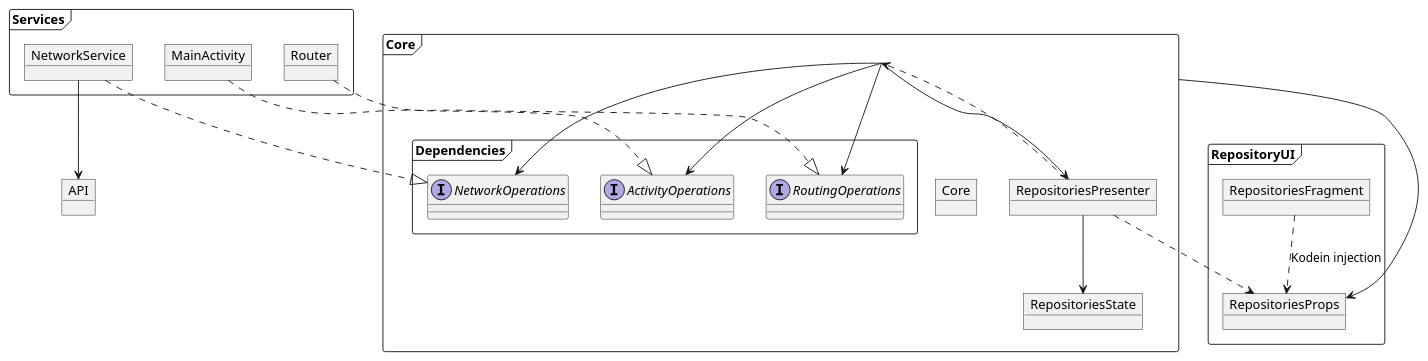
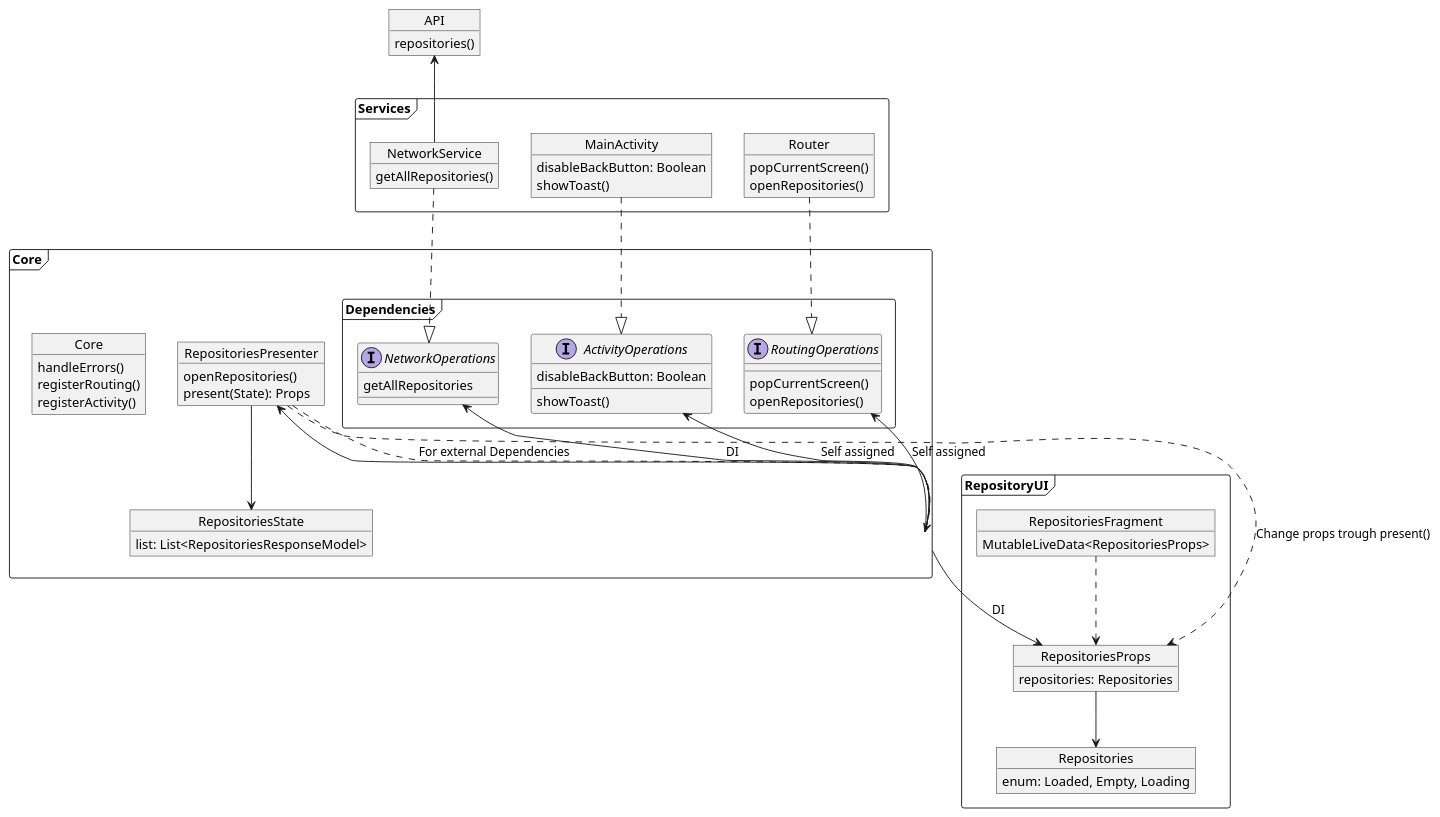
Before and after one commit to sergeybakaenko/UI-First-Sample: the diagram in docs/diagrams/structure.puml, drawn with PlantUML. The commit also changed 14 other files, not shown here.

```diff
--- a/docs/diagrams/structure.puml
+++ b/docs/diagrams/structure.puml
@@ -1,43 +1,78 @@
 @startuml Object Sctructure Diagramm
 
-object API
+object API {
+    repositories()
+}
 frame Services {
-    object NetworkService
-    object MainActivity
-    object Router
+    object NetworkService {
+        getAllRepositories()
+    }
+    object MainActivity {
+        disableBackButton: Boolean
+        showToast()
+    }
+    object Router {
+        popCurrentScreen()
+        openRepositories()
+    }
 }
 
 frame Core {
-    object Core    
+    object Core {
+        handleErrors()
+        registerRouting()
+        registerActivity()
+    }
     frame Dependencies {
-        interface NetworkOperations
-        interface ActivityOperations
-        interface RoutingOperations    
+        interface NetworkOperations {
+            getAllRepositories
+        }
+        interface ActivityOperations {
+            disableBackButton: Boolean
+            showToast()
+        }
+        interface RoutingOperations  {
+            popCurrentScreen()
+            openRepositories()
+        }   
     }
-    object RepositoriesPresenter
-    object RepositoriesState
+    object RepositoriesPresenter {
+        openRepositories()
+        present(State): Props
+    }
+    object RepositoriesState {
+        list: List<RepositoriesResponseModel>
+    }
 }
 
 frame RepositoryUI {
-    object RepositoriesProps
-    object RepositoriesFragment
+    object RepositoriesProps {
+        repositories: Repositories
+    }
+    object Repositories {
+        enum: Loaded, Empty, Loading
+    }
+    object RepositoriesFragment {
+        MutableLiveData<RepositoriesProps>
+    }
 }
 
-NetworkService --> API
+NetworkService -up-> API
 NetworkService ..|> NetworkOperations
 MainActivity ..|> ActivityOperations
 Router ..|> RoutingOperations
 
-Core --> RepositoriesProps
-Core --> RepositoriesPresenter
-Core --> NetworkOperations
-Core --> ActivityOperations
-Core --> RoutingOperations
+Core --> RepositoriesProps : DI
+Core -left-> RepositoriesPresenter
 
-RepositoriesPresenter ..> Core
-RepositoriesPresenter ..> RepositoriesProps
+Core -up-> NetworkOperations : DI
+Core -up-> ActivityOperations : Self assigned
+Core -up-> RoutingOperations : Self assigned
+
+RepositoriesPresenter ..> Core : For external Dependencies
+RepositoriesPresenter ..> RepositoriesProps : Change props trough present()
 RepositoriesPresenter --> RepositoriesState
-
-RepositoriesFragment ..> RepositoriesProps : Kodein injection
+RepositoriesProps --> Repositories
+RepositoriesFragment ..> RepositoriesProps
 
 @enduml
```
